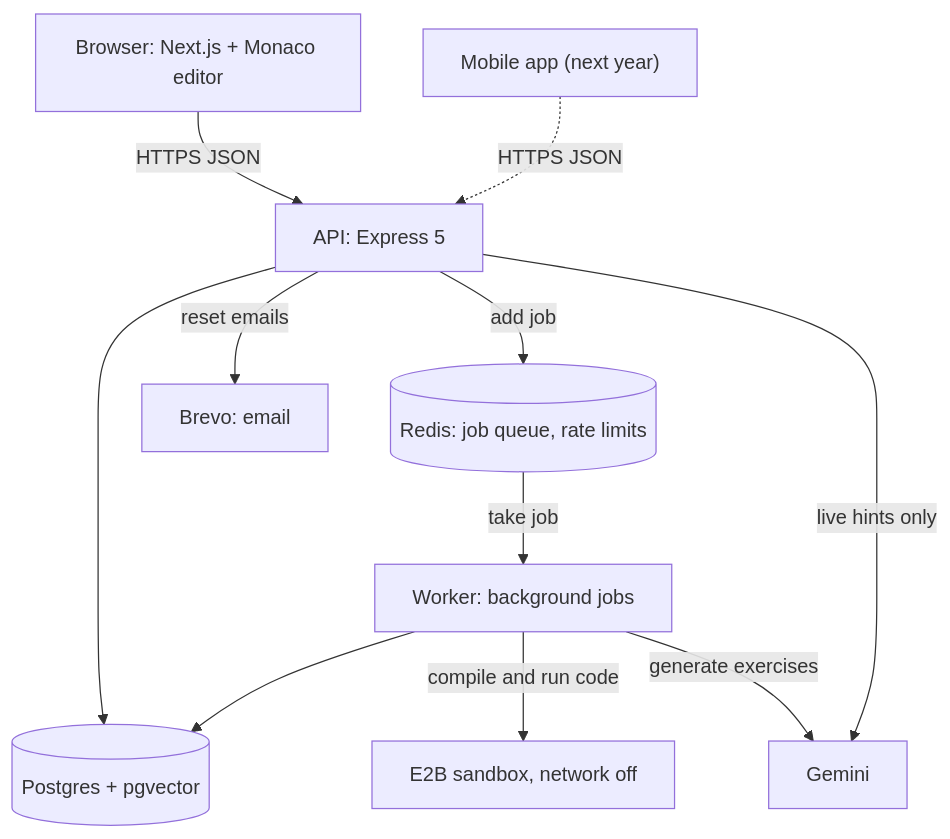
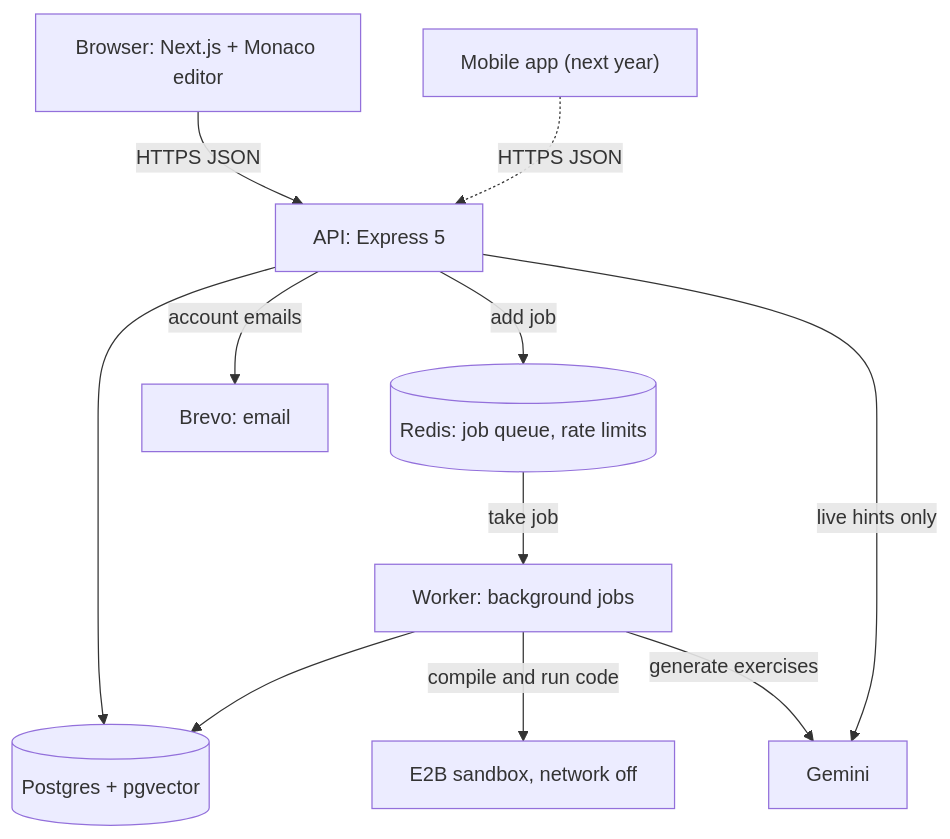
Before and after one commit to Nidanos/ai-tutor-platform: the second of 24 diagrams in DOCS/phase-3/MP3-Draft-Report.md, drawn with Mermaid. The commit also changed other lines of this file and 1 other file, not shown here.

````diff
--- a/DOCS/phase-3/MP3-Draft-Report.md
+++ b/DOCS/phase-3/MP3-Draft-Report.md
@@ -389,22 +398,22 @@
 ```mermaid
 flowchart TB
   B["Browser: Next.js + Monaco editor"]
   MOB["Mobile app (next year)"]
   API["API: Express 5"]
   PG[("Postgres + pgvector")]
   RD[("Redis: job queue, rate limits")]
   WK["Worker: background jobs"]
   E2B["E2B sandbox, network off"]
   GEM["Gemini"]
   EM["Brevo: email"]
   B -->|HTTPS JSON| API
   MOB -.->|HTTPS JSON| API
   API --> PG
   API -->|add job| RD
   RD -->|take job| WK
   WK --> PG
   WK -->|compile and run code| E2B
   WK -->|generate exercises| GEM
   API -->|live hints only| GEM
-  API -->|reset emails| EM
+  API -->|account emails| EM
 ```
````
